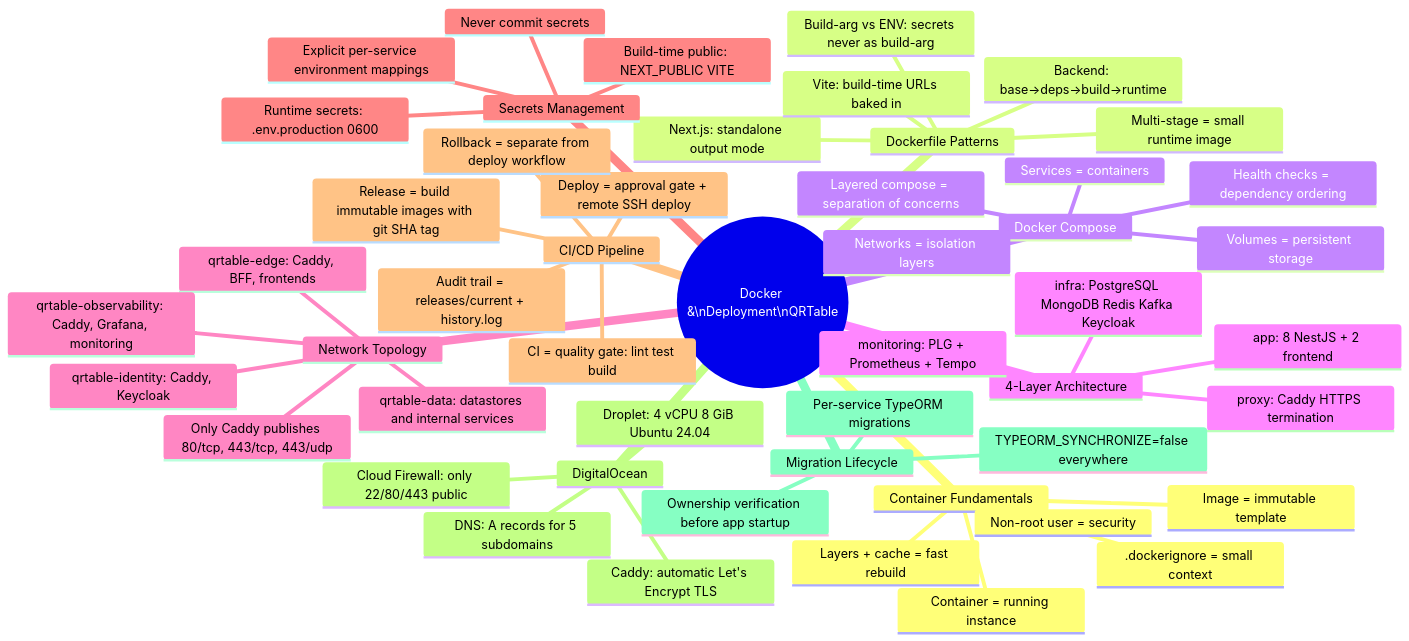
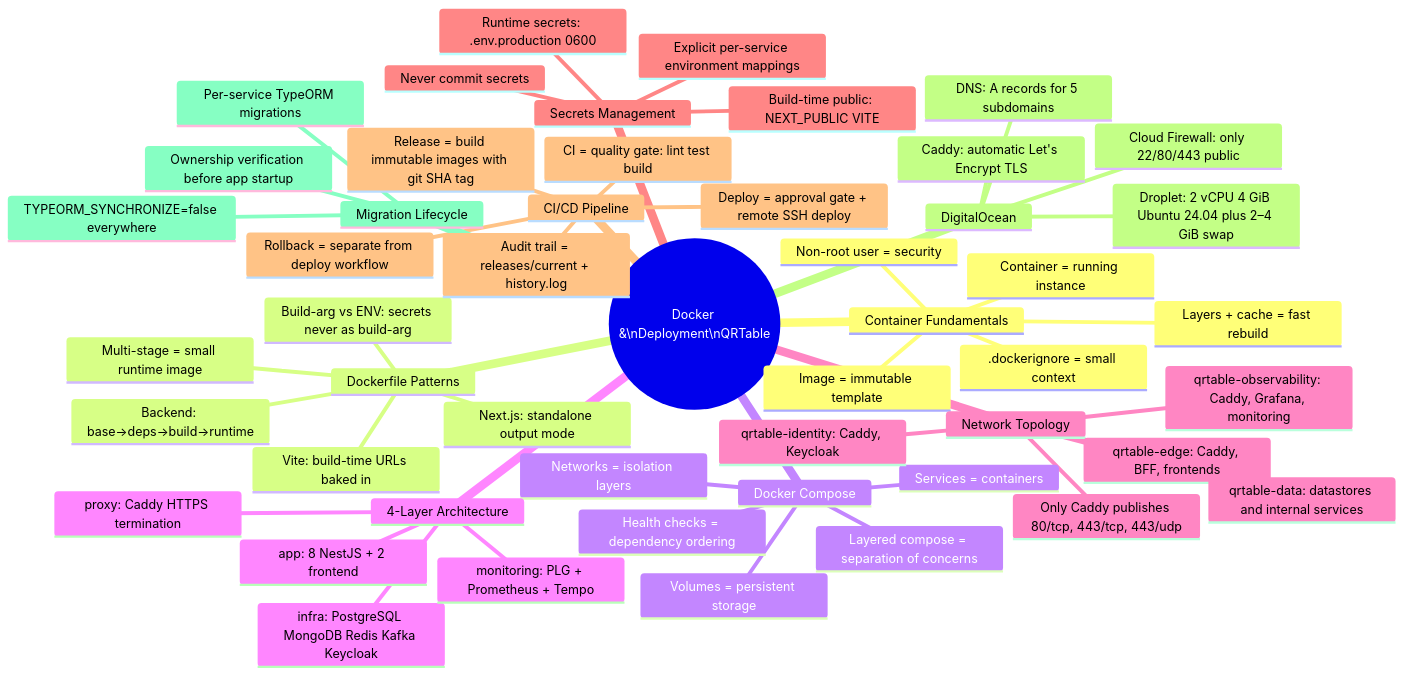
The fourth of 4 diagrams in docs/guides/docker-deployment-cicd-qrtable.md (quan-vo-dinh/saas-pos-microservices-qrtable), drawn with Mermaid before and after one commit. The commit also changed other lines of this file and 15 other files, not shown here.

````diff
--- a/docs/guides/docker-deployment-cicd-qrtable.md
+++ b/docs/guides/docker-deployment-cicd-qrtable.md
@@ -2699,53 +2703,53 @@
 ```mermaid
 mindmap
   root((Docker &\nDeployment\nQRTable))
     Container Fundamentals
       Image = immutable template
       Container = running instance
       Layers + cache = fast rebuild
       Non-root user = security
       .dockerignore = small context
     Dockerfile Patterns
       Multi-stage = small runtime image
       Backend: base→deps→build→runtime
       Next.js: standalone output mode
       Vite: build-time URLs baked in
       Build-arg vs ENV: secrets never as build-arg
     Docker Compose
       Services = containers
       Networks = isolation layers
       Volumes = persistent storage
       Health checks = dependency ordering
       Layered compose = separation of concerns
     4-Layer Architecture
       infra: PostgreSQL MongoDB Redis Kafka Keycloak
       app: 8 NestJS + 2 frontend
       proxy: Caddy HTTPS termination
       monitoring: PLG + Prometheus + Tempo
     Network Topology
       qrtable-edge: Caddy, BFF, frontends
       qrtable-identity: Caddy, Keycloak
       qrtable-observability: Caddy, Grafana, monitoring
       qrtable-data: datastores and internal services
       Only Caddy publishes 80/tcp, 443/tcp, 443/udp
     Secrets Management
       Build-time public: NEXT_PUBLIC VITE
       Runtime secrets: .env.production 0600
       Never commit secrets
       Explicit per-service environment mappings
     CI/CD Pipeline
       CI = quality gate: lint test build
       Release = build immutable images with git SHA tag
       Deploy = approval gate + remote SSH deploy
       Rollback = separate from deploy workflow
       Audit trail = releases/current + history.log
     DigitalOcean
-      Droplet: 4 vCPU 8 GiB Ubuntu 24.04
+      Droplet: 2 vCPU 4 GiB Ubuntu 24.04 plus 2–4 GiB swap
       Cloud Firewall: only 22/80/443 public
       DNS: A records for 5 subdomains
       Caddy: automatic Let's Encrypt TLS
     Migration Lifecycle
       TYPEORM_SYNCHRONIZE=false everywhere
       Per-service TypeORM migrations
       Ownership verification before app startup
 ```
````
